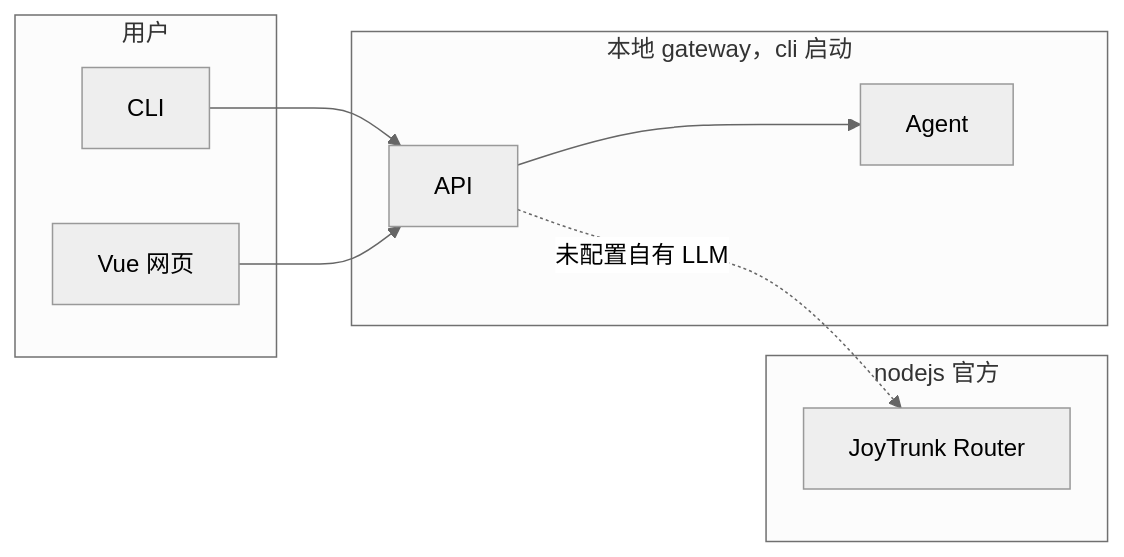
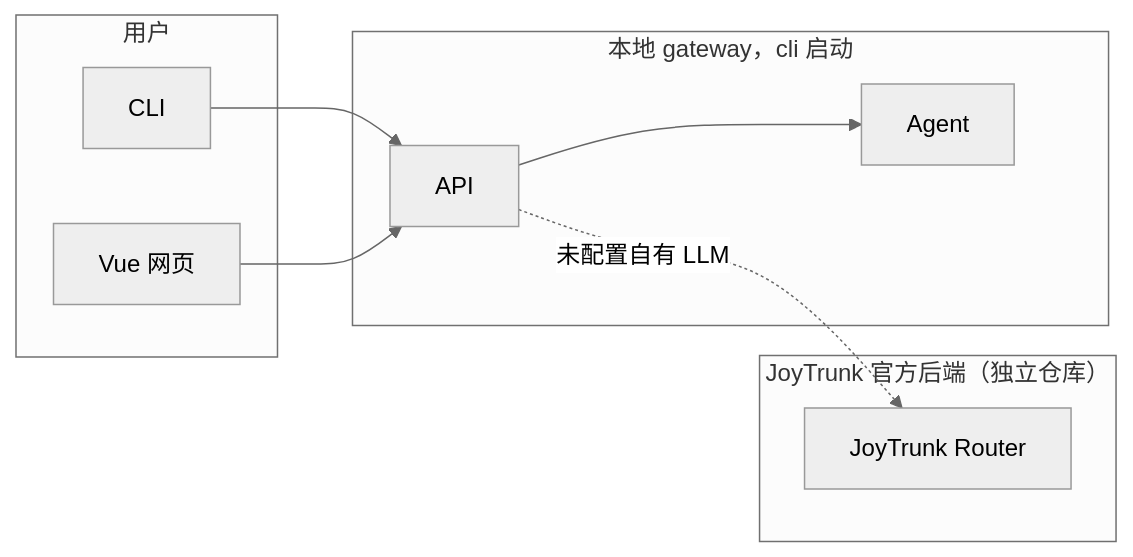
The second of 3 diagrams in agent.md (duochouchouai/joytrunk), drawn with Mermaid (neutral theme) before and after one commit. The commit also changed other lines of this file and 104 other files, not shown here.

````diff
--- a/agent.md
+++ b/agent.md
@@ -31,18 +31,18 @@
 ```mermaid
 flowchart LR
   subgraph users [用户]
     CLI[CLI]
     Vue[Vue 网页]
   end
   subgraph localGateway [本地 gateway，cli 启动]
     API[API]
     Agent[Agent]
   end
-  subgraph official [nodejs 官方]
+  subgraph official [JoyTrunk 官方后端（独立仓库）]
     Router[JoyTrunk Router]
   end
   CLI --> API
   Vue --> API
   API --> Agent
   API -.->|"未配置自有 LLM"| Router
 ```
````
